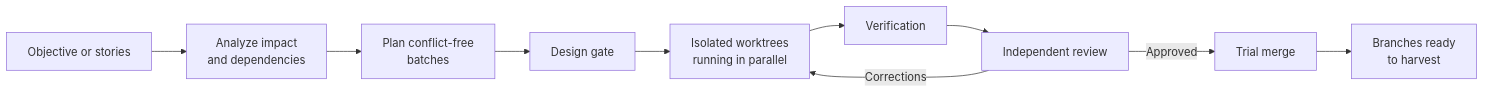
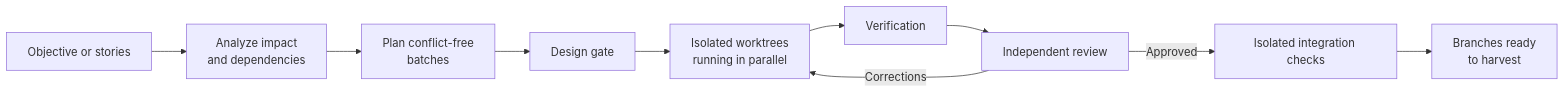
The diagram in README.md (luk-s12/legion), drawn with Mermaid before and after one commit. The commit also changed other lines of this file and 51 other files, not shown here.

Commit message:
feat: strengthen Claude Code harness with deterministic coordination, snapshot-bound reviews, and isolated integration checks

````diff
--- a/README.md
+++ b/README.md
@@ -19,12 +19,12 @@
 ```mermaid
 flowchart LR
     I["Objective or stories"] --> P["Analyze impact<br/>and dependencies"]
     P --> B["Plan conflict-free<br/>batches"]
     B --> D["Design gate"]
     D --> W["Isolated worktrees<br/>running in parallel"]
     W --> V["Verification"]
     V --> R["Independent review"]
     R -->|Corrections| W
-    R -->|Approved| T["Trial merge"]
+    R -->|Approved| T["Isolated integration checks"]
     T --> E["Branches ready<br/>to harvest"]
 ```
````
